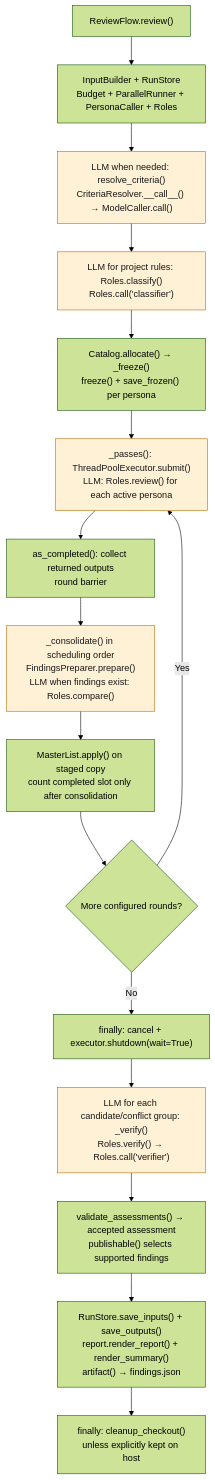
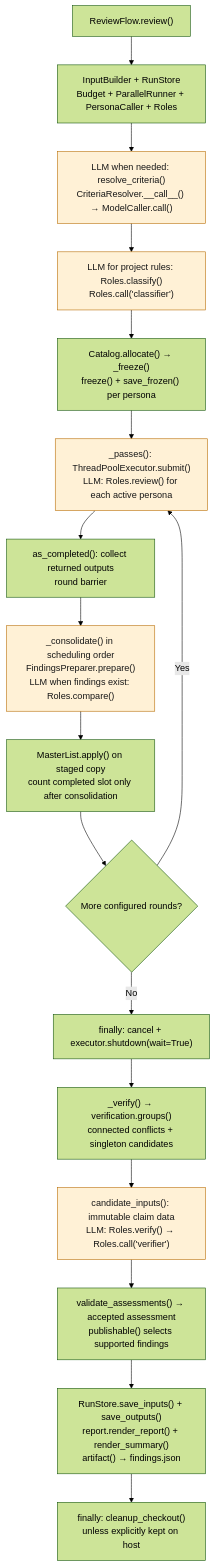
The third of 6 diagrams in docs/project-explainer.md (sskelkar/code-reviewer), drawn with Mermaid (forest theme) before and after one commit. The commit also changed 8 other files, not shown here.

````diff
--- a/docs/project-explainer.md
+++ b/docs/project-explainer.md
@@ -119,20 +119,21 @@
 ```mermaid
 flowchart TD
     START["ReviewFlow.review()"] --> INPUT["InputBuilder + RunStore<br/>Budget + ParallelRunner + PersonaCaller + Roles"]
     INPUT --> RES["LLM when needed: resolve_criteria()<br/>CriteriaResolver.__call__() → ModelCaller.call()"]
     RES --> CLASS["LLM for project rules: Roles.classify()<br/>Roles.call('classifier')"]
     CLASS --> FREEZE["Catalog.allocate() → _freeze()<br/>freeze() + save_frozen() per persona"]
     FREEZE --> ROUND["_passes(): ThreadPoolExecutor.submit()<br/>LLM: Roles.review() for each active persona"]
     ROUND --> WAIT["as_completed(): collect returned outputs<br/>round barrier"]
     WAIT --> MERGE["_consolidate() in scheduling order<br/>FindingsPreparer.prepare()<br/>LLM when findings exist: Roles.compare()"]
     MERGE --> APPLY["MasterList.apply() on staged copy<br/>count completed slot only after consolidation"]
     APPLY --> NEXT{"More configured rounds?"}
     NEXT -->|Yes| ROUND
     NEXT -->|No| JOIN["finally: cancel + executor.shutdown(wait=True)"]
-    JOIN --> VERIFY["LLM for each candidate/conflict group: _verify()<br/>Roles.verify() → Roles.call('verifier')"]
+    JOIN --> JOBS["_verify() → verification.groups()<br/>connected conflicts + singleton candidates"]
+    JOBS --> VERIFY["candidate_inputs(): immutable claim data<br/>LLM: Roles.verify() → Roles.call('verifier')"]
     VERIFY --> GATE["validate_assessments() → accepted assessment<br/>publishable() selects supported findings"]
     GATE --> REPORT["RunStore.save_inputs() + save_outputs()<br/>report.render_report() + render_summary()<br/>artifact() → findings.json"]
     REPORT --> CLEAN["finally: cleanup_checkout()<br/>unless explicitly kept on host"]
     classDef llm fill:#fff1d6,stroke:#b76b00,color:#171717
     class RES,CLASS,ROUND,MERGE,VERIFY llm
 ```
````
